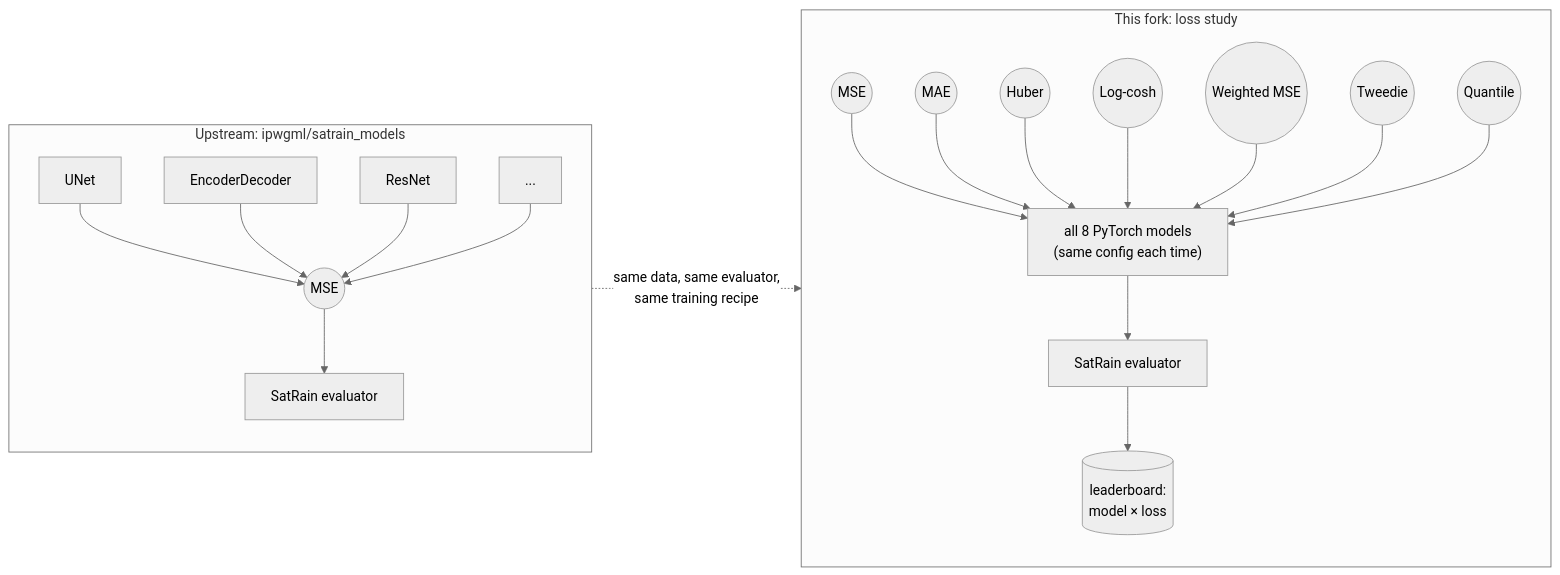
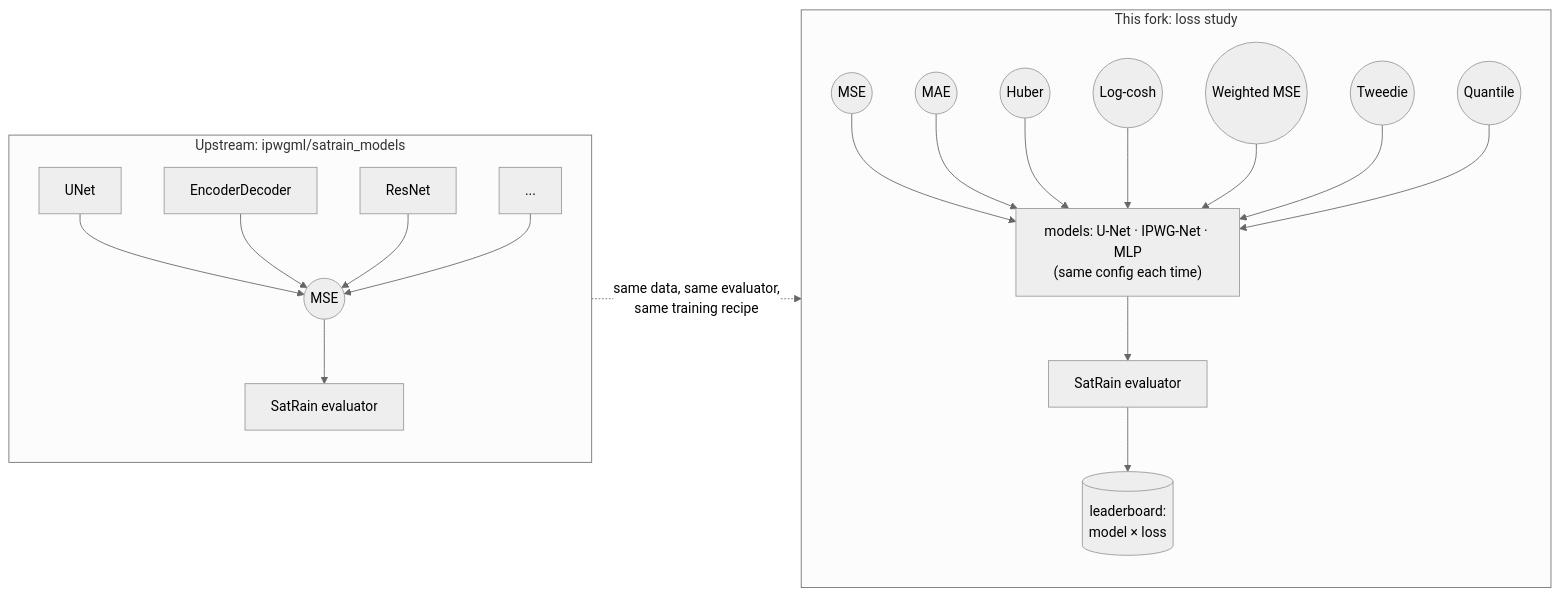
One commit to yash-upase/satrain_loss changed the first of 9 diagrams in loss_study/STUDY_GUIDE.md. Above: the diagram before and after it, drawn with Mermaid (neutral theme). The commit also changed other lines of this file and 13 other files, not shown here.

Commit message:
Study protocol: 100 epochs, current model focus, figure script

````diff
--- a/loss_study/STUDY_GUIDE.md
+++ b/loss_study/STUDY_GUIDE.md
@@ -27,24 +27,24 @@
 ```mermaid
 flowchart LR
     subgraph upstream["Upstream: ipwgml/satrain_models"]
         direction TB
         U1[UNet] --> UL((MSE))
         U2[EncoderDecoder] --> UL
         U3[ResNet] --> UL
         U4[...] --> UL
         UL --> UE[SatRain evaluator]
     end
     subgraph fork["This fork: loss study"]
         direction TB
         L1((MSE)) --> M
         L2((MAE)) --> M
         L3((Huber)) --> M
         L4((Log-cosh)) --> M
         L5((Weighted MSE)) --> M
         L6((Tweedie)) --> M
         L7((Quantile)) --> M
-        M["all 8 PyTorch models<br/>(same config each time)"] --> E[SatRain evaluator]
+        M["models: U-Net · IPWG-Net · MLP<br/>(same config each time)"] --> E[SatRain evaluator]
         E --> LB[(leaderboard:<br/>model × loss)]
     end
     upstream -. "same data, same evaluator,<br/>same training recipe" .-> fork
 ```
````
